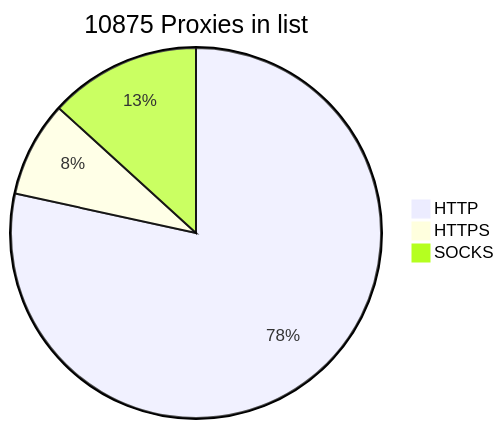
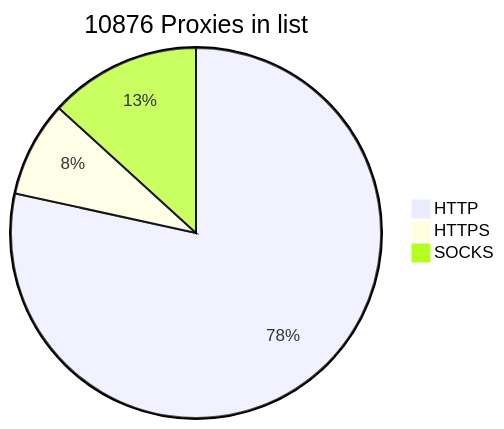
The diagram in README.md (BlackSnowDot/proxylist-update-every-minute), drawn with Mermaid before and after one commit.

````diff
--- a/README.md
+++ b/README.md
@@ -2,6 +2,6 @@
 ```mermaid
-pie title 10875 Proxies in list
-    "HTTP" : 8529
+pie title 10876 Proxies in list
+    "HTTP" : 8530
     "HTTPS": 906
     "SOCKS" : 1440
 ```
````
